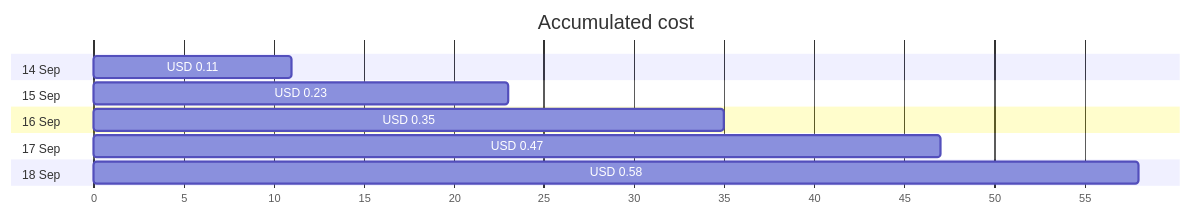
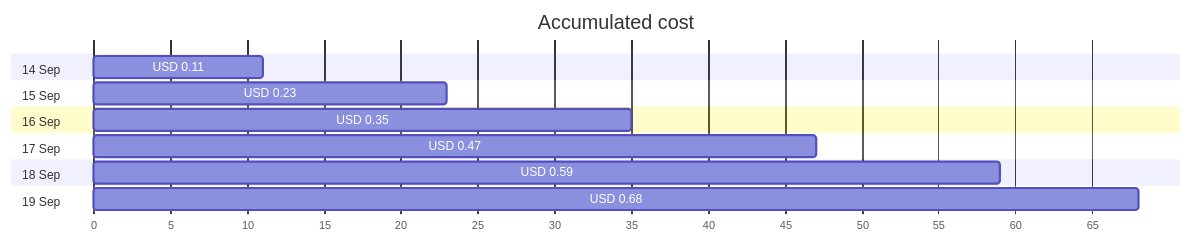
The first of 4 diagrams in cost-reports/personal-network/backup-server-public-ip.md (jpfulton/azure-personal-reports), drawn with Mermaid before and after one commit. The commit also changed other lines of this file and 18 other files, not shown here.

````diff
--- a/cost-reports/personal-network/backup-server-public-ip.md
+++ b/cost-reports/personal-network/backup-server-public-ip.md
@@ -20,16 +20,18 @@
 ```mermaid
 gantt
    title Accumulated cost
    dateFormat  X
    axisFormat %s
    section 14 Sep
    USD 0.11 :0, 11
    section 15 Sep
    USD 0.23 :0, 23
    section 16 Sep
    USD 0.35 :0, 35
    section 17 Sep
    USD 0.47 :0, 47
    section 18 Sep
-   USD 0.58 :0, 58
+   USD 0.59 :0, 59
+   section 19 Sep
+   USD 0.68 :0, 68
 ```
````
